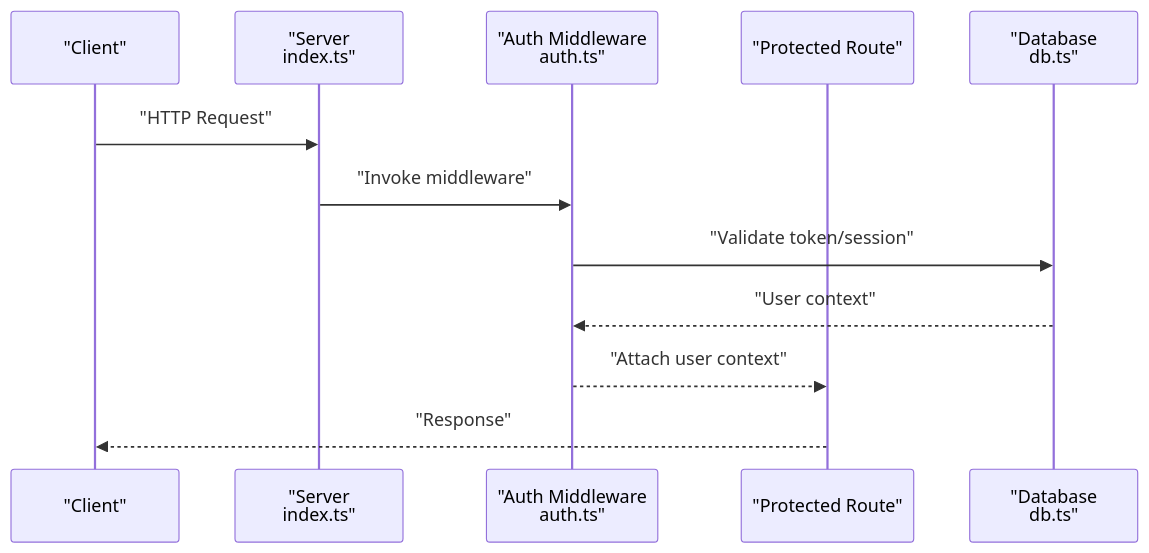
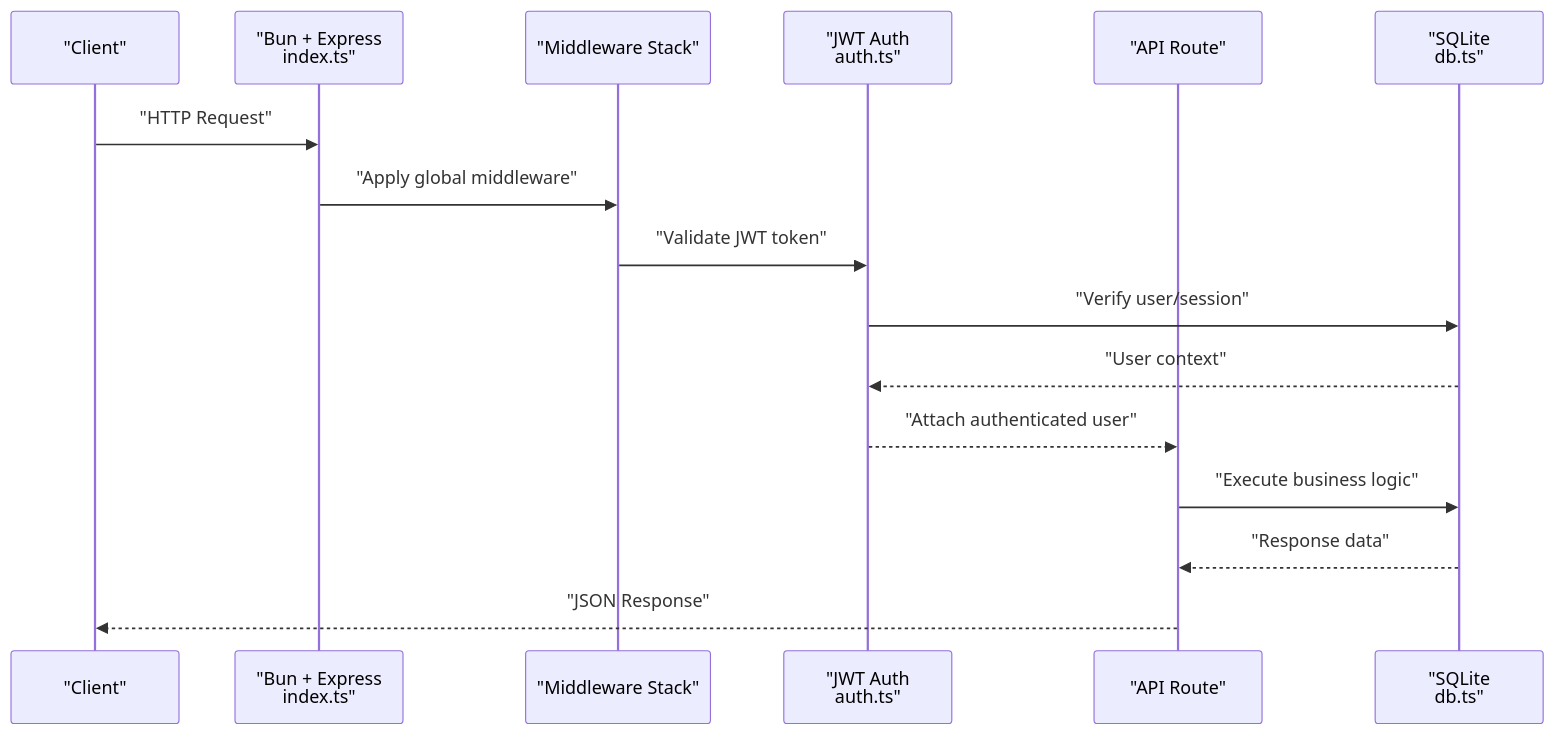
One commit to HassanAmeer/cheaprouter changed the third of 10 diagrams in .qoder/repowiki/en/content/Backend Architecture/Backend Architecture.md. Above: the diagram before and after it, drawn with Mermaid. The commit also changed other lines of this file and 54 other files, not shown here.

````diff
--- a/.qoder/repowiki/en/content/Backend Architecture/Backend Architecture.md
+++ b/.qoder/repowiki/en/content/Backend Architecture/Backend Architecture.md
@@ -124,14 +137,18 @@
 ```mermaid
 sequenceDiagram
 participant Client as "Client"
-participant Server as "Server<br/>index.ts"
-participant Auth as "Auth Middleware<br/>auth.ts"
-participant Route as "Protected Route"
-participant DB as "Database<br/>db.ts"
+participant Server as "Bun + Express<br/>index.ts"
+participant Middleware as "Middleware Stack"
+participant Auth as "JWT Auth<br/>auth.ts"
+participant Route as "API Route"
+participant DB as "SQLite<br/>db.ts"
 Client->>Server : "HTTP Request"
-Server->>Auth : "Invoke middleware"
-Auth->>DB : "Validate token/session"
+Server->>Middleware : "Apply global middleware"
+Middleware->>Auth : "Validate JWT token"
+Auth->>DB : "Verify user/session"
 DB-->>Auth : "User context"
-Auth-->>Route : "Attach user context"
-Route-->>Client : "Response"
+Auth-->>Route : "Attach authenticated user"
+Route->>DB : "Execute business logic"
+DB-->>Route : "Response data"
+Route-->>Client : "JSON Response"
 ```
````
